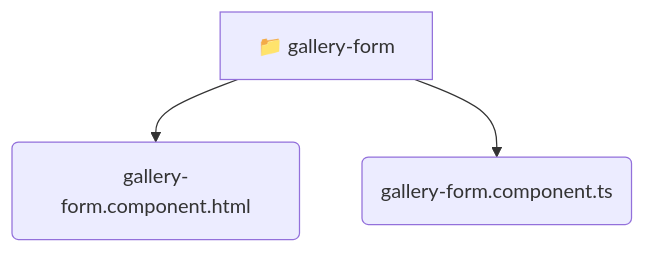
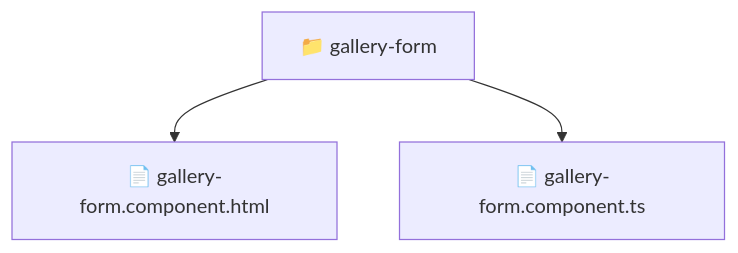
Before and after one commit to beginwebdev2002/fullstack-mavluda: the diagram in frontend/src/pages/gallery/ui/gallery-form/README.md, drawn with Mermaid. The commit also changed other lines of this file and 163 other files, not shown here.

````diff
--- a/frontend/src/pages/gallery/ui/gallery-form/README.md
+++ b/frontend/src/pages/gallery/ui/gallery-form/README.md
@@ -11,6 +10,6 @@
 ```mermaid
 graph TD
-  gallery_form[📁 gallery-form]
-  gallery_form --> gallery_form_gallery_form_component_html(gallery-form.component.html)
-  gallery_form --> gallery_form_gallery_form_component_ts(gallery-form.component.ts)
+  Root["📁 gallery-form"]
+  Root --> galleryformcomponenthtml["📄 gallery-form.component.html"]
+  Root --> galleryformcomponentts["📄 gallery-form.component.ts"]
 ```
````
